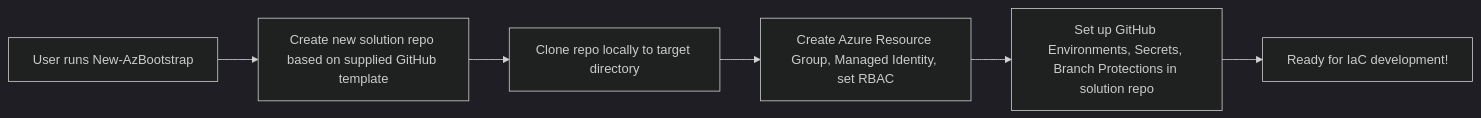
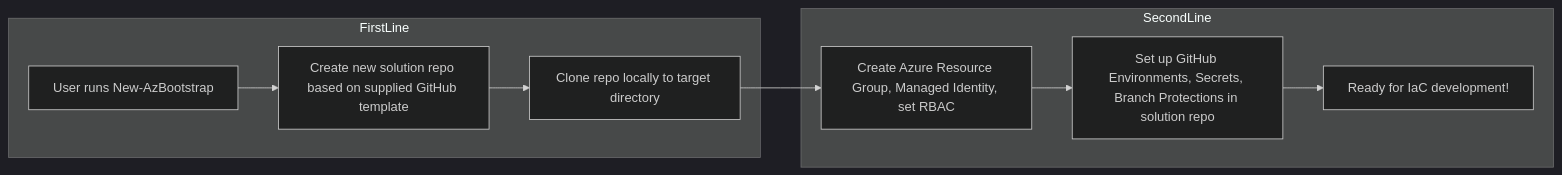
Before and after one commit to kewalaka/az-bootstrap: the diagram in README.md, drawn with Mermaid (dark theme). The commit also changed 1 other file, not shown here.

Commit message:
fix: alternative mermaid diagram

````diff
--- a/README.md
+++ b/README.md
@@ -22,8 +22,14 @@
 ```mermaid
 flowchart LR
-    A[User runs New-AzBootstrap] --> B[Create new solution repo based on supplied GitHub template]
-    B --> C[Clone repo locally to target directory]
-    C --> D[Create Azure Resource Group, Managed Identity, set RBAC]
-    D --> E[Set up GitHub Environments, Secrets, Branch Protections in solution repo]
-    E --> F[Ready for IaC development!]
+    subgraph FirstLine
+        A[User runs New-AzBootstrap] --> B[Create new solution repo based on supplied GitHub template]
+        B --> C[Clone repo locally to target directory]
+    end
+    subgraph SecondLine
+        D[Create Azure Resource Group, Managed Identity, set RBAC]
+        E[Set up GitHub Environments, Secrets, Branch Protections in solution repo]
+        F[Ready for IaC development!]
+        D --> E --> F
+    end
+    C --> D
 ```
````
